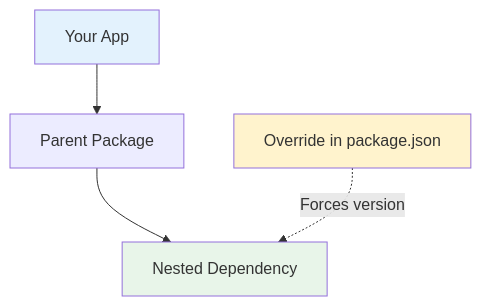
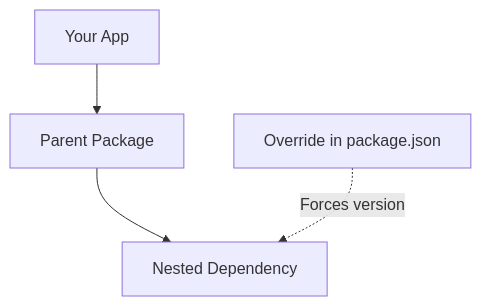
The second of 2 diagrams in app/src/content/docs/architecture.mdx (yowainwright/pastoralist), drawn with Mermaid before and after one commit. The commit also changed other lines of this file and 47 other files, not shown here.

````diff
--- a/app/src/content/docs/architecture.mdx
+++ b/app/src/content/docs/architecture.mdx
@@ -159,10 +155,10 @@
 ```mermaid
 flowchart TD
     App[Your App] --> ParentPkg[Parent Package]
     ParentPkg --> NestedDep[Nested Dependency]
     Override[Override in package.json] -.->|Forces version| NestedDep
 
-    style App fill:#e3f2fd
-    style Override fill:#fff3cd
-    style NestedDep fill:#e8f5e9
+    class App,ParentPkg diagram-read
+    class Override diagram-track
+    class NestedDep diagram-write
 ```
````
